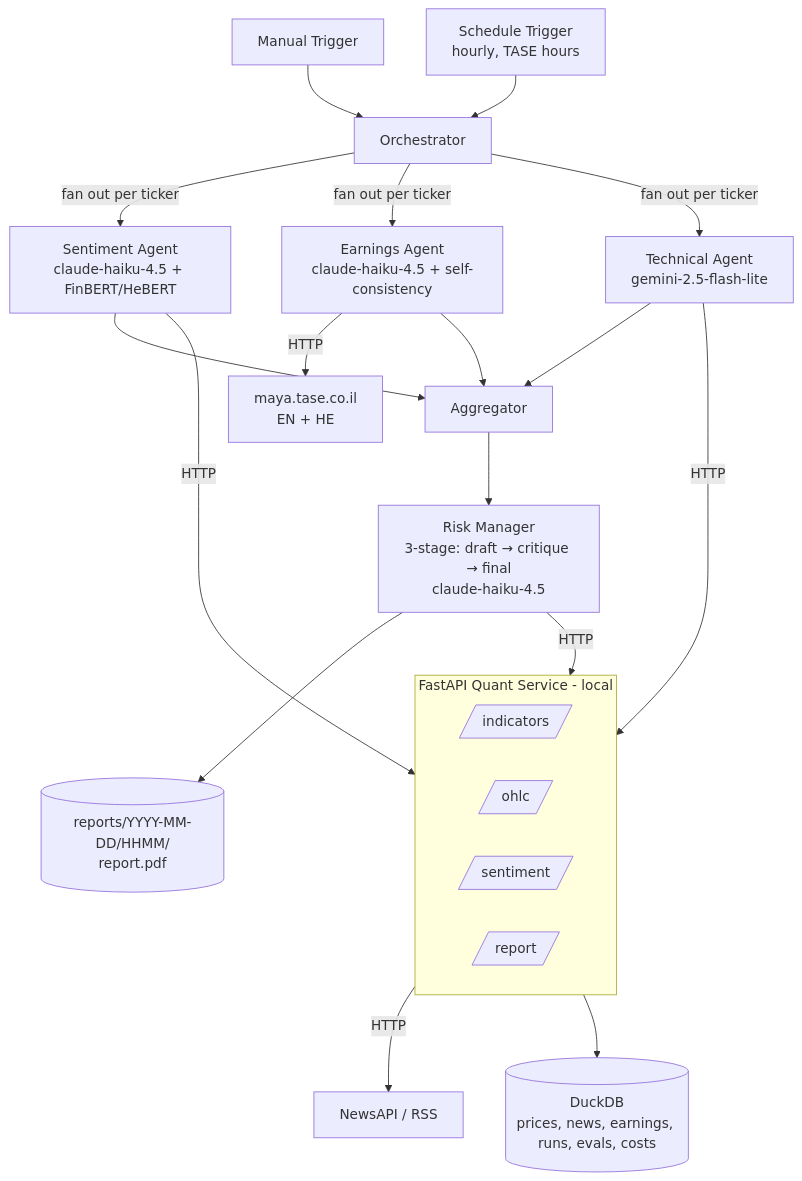
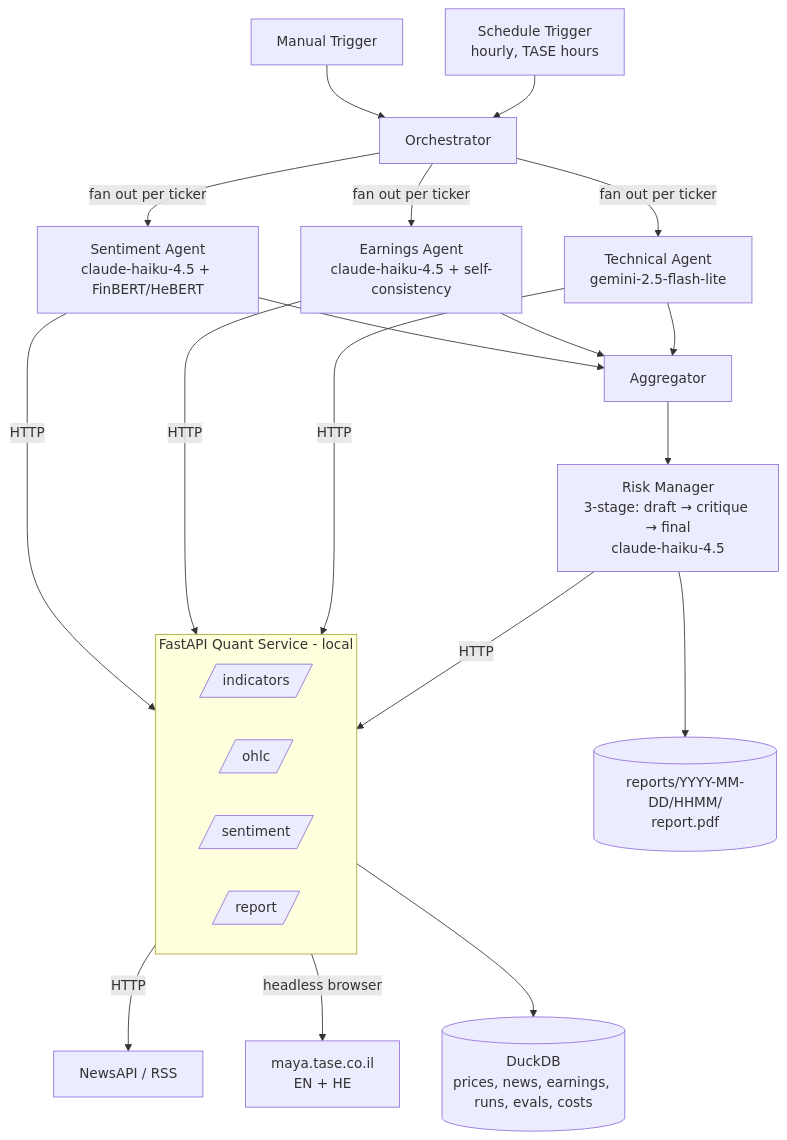
The diagram in docs/design.md (gilbarel1/algotrade-project), drawn with Mermaid before and after one commit. The commit also changed other lines of this file and 13 other files, not shown here.

````diff
--- a/docs/design.md
+++ b/docs/design.md
@@ -33,31 +33,32 @@
 ```mermaid
 flowchart TD
     T1[Manual Trigger] --> ORC[Orchestrator]
     T2[Schedule Trigger<br/>hourly, TASE hours] --> ORC
 
     ORC -->|fan out per ticker| SA[Sentiment Agent<br/>claude-haiku-4.5 + FinBERT/HeBERT]
     ORC -->|fan out per ticker| EA[Earnings Agent<br/>claude-haiku-4.5 + self-consistency]
     ORC -->|fan out per ticker| TA[Technical Agent<br/>gemini-2.5-flash-lite]
 
     SA -->|HTTP| QS
     QS -->|HTTP| NEWS[NewsAPI / RSS]
-    EA -->|HTTP| MAYA[maya.tase.co.il<br/>EN + HE]
+    EA -->|HTTP| QS
+    QS -->|headless browser| MAYA[maya.tase.co.il<br/>EN + HE]
     TA -->|HTTP| QS
 
     SA --> AGG[Aggregator]
     EA --> AGG
     TA --> AGG
 
     AGG --> RM[Risk Manager<br/>3-stage: draft → critique → final<br/>claude-haiku-4.5]
     RM -->|HTTP| QS
 
     subgraph QS[FastAPI Quant Service - local]
         F1[/indicators/]
         F2[/ohlc/]
         F3[/sentiment/]
         F4[/report/]
     end
 
     QS --> CACHE[(DuckDB<br/>prices, news, earnings, runs, evals, costs)]
     RM --> PDF[(reports/YYYY-MM-DD/HHMM/<br/>report.pdf)]
 ```
````
